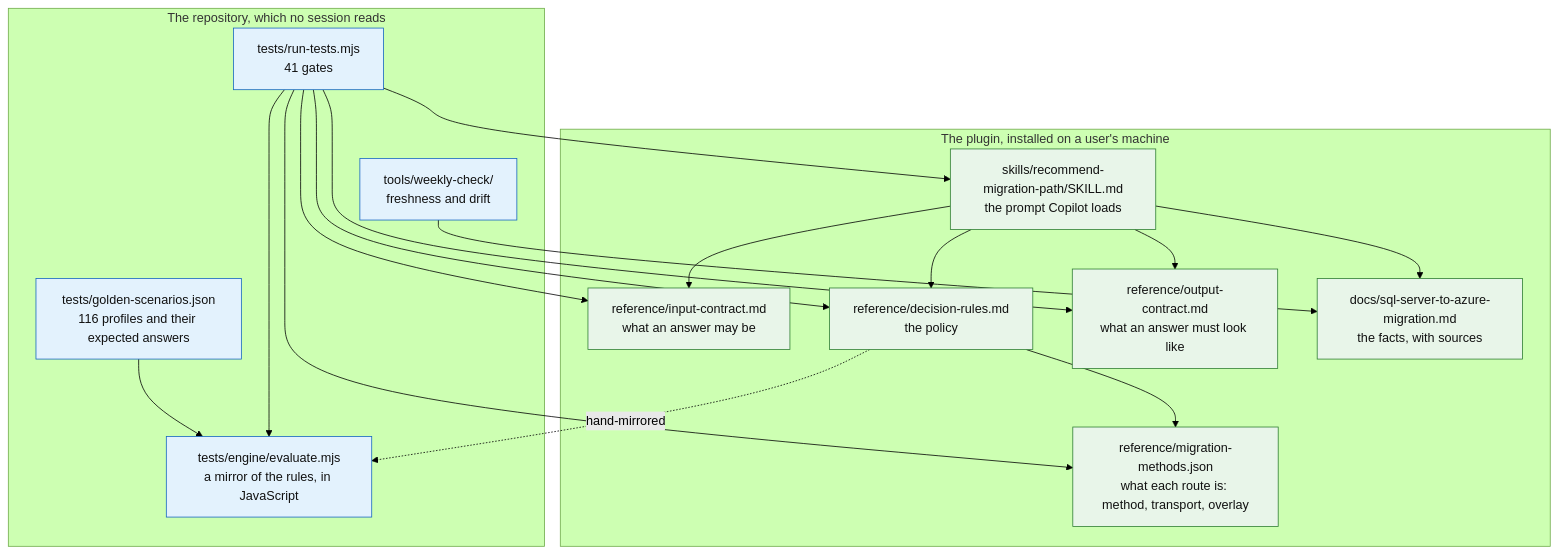
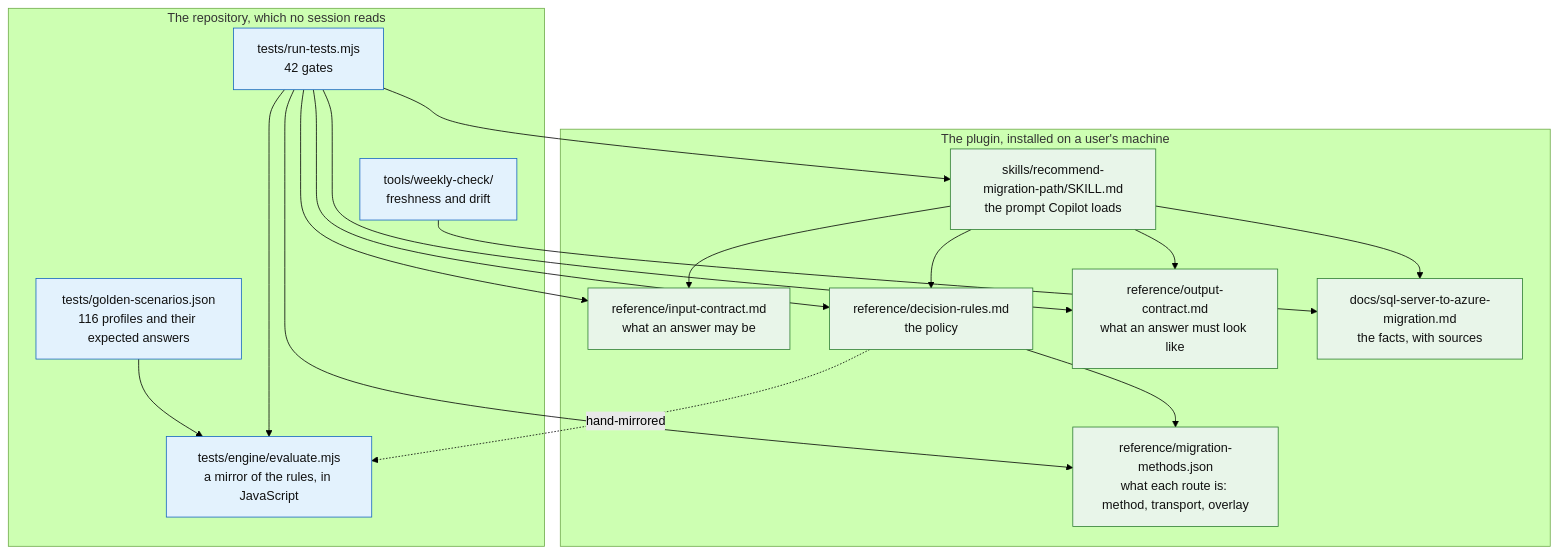
One commit to fredgis/sql-migration-advisor changed the first of 3 diagrams in docs/ARCHITECTURE.md. Above: the diagram before and after it, drawn with Mermaid (forest theme). The commit also changed other lines of this file and 5 other files, not shown here.

First line of the commit message:
Put the missing rules on the published graph, and make it checkable (#70)

````diff
--- a/docs/ARCHITECTURE.md
+++ b/docs/ARCHITECTURE.md
@@ -28,38 +28,38 @@
 ```mermaid
 flowchart TD
     subgraph plugin["The plugin, installed on a user's machine"]
       SK["skills/recommend-migration-path/SKILL.md<br/>the prompt Copilot loads"]
       IC["reference/input-contract.md<br/>what an answer may be"]
       DR["reference/decision-rules.md<br/>the policy"]
       OC["reference/output-contract.md<br/>what an answer must look like"]
       MM["reference/migration-methods.json<br/>what each route is: method, transport, overlay"]
       KB["docs/sql-server-to-azure-migration.md<br/>the facts, with sources"]
     end
 
     subgraph repo["The repository, which no session reads"]
       EN["tests/engine/evaluate.mjs<br/>a mirror of the rules, in JavaScript"]
       GS["tests/golden-scenarios.json<br/>116 profiles and their expected answers"]
-      GA["tests/run-tests.mjs<br/>41 gates"]
+      GA["tests/run-tests.mjs<br/>42 gates"]
       WK["tools/weekly-check/<br/>freshness and drift"]
     end
 
     SK --> IC
     SK --> DR
     SK --> OC
     SK --> KB
     DR --> MM
     DR -.->|hand-mirrored| EN
     GS --> EN
     GA --> EN
     GA --> SK
     GA --> IC
     GA --> DR
     GA --> OC
     GA --> MM
     WK --> KB
 
     classDef live fill:#e8f5e9,stroke:#2e7d32,color:#111
     classDef test fill:#e3f2fd,stroke:#1565c0,color:#111
     class SK,IC,DR,OC,KB,MM live
     class EN,GS,GA,WK test
 ```
````
